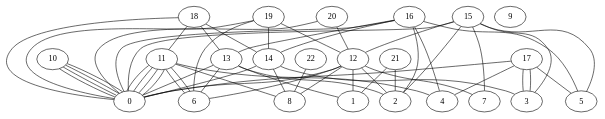
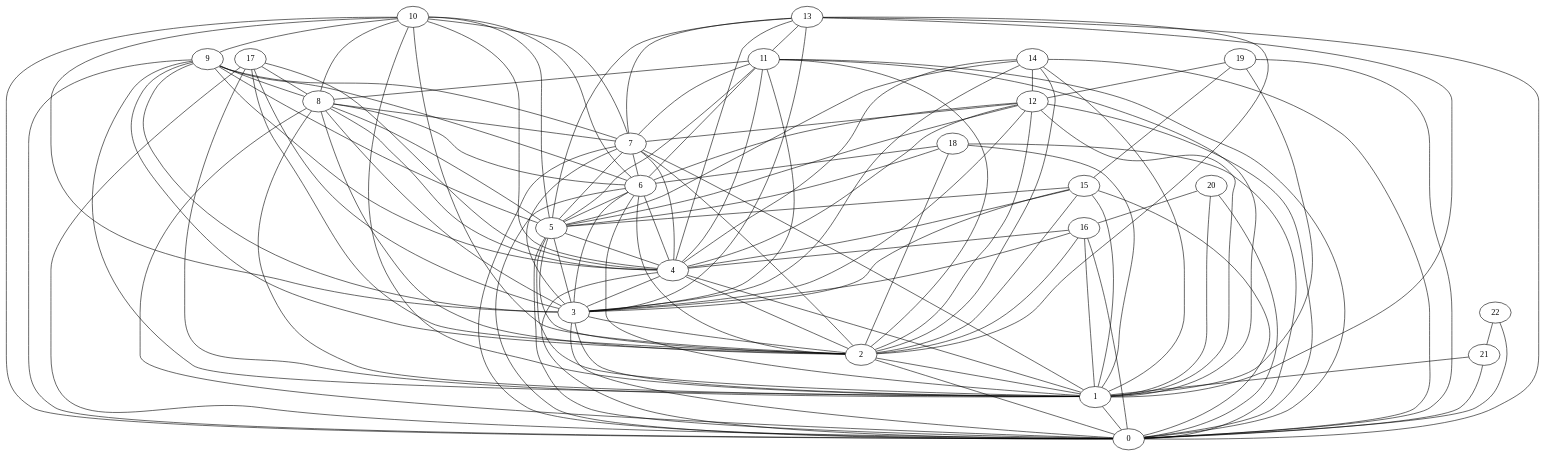
The diagram in feeds/out/O-9-24-24-SA.dot (denizsurmeli/random-graph-generator), drawn with Graphviz before and after one commit. The commit also changed 688 other files, not shown here.

```diff
--- a/feeds/out/O-9-24-24-SA.dot
+++ b/feeds/out/O-9-24-24-SA.dot
@@ -1,80 +1,145 @@
 graph G {
 0;
 1;
 2;
 3;
 4;
 5;
 6;
 7;
 8;
 9;
 10;
 11;
 12;
 13;
 14;
 15;
 16;
 17;
 18;
 19;
 20;
 21;
 22;
-22--8 ;
+22--0 ;
+22--21 ;
 21--1 ;
-21--2 ;
-20--12 ;
+21--0 ;
+20--16 ;
+20--1 ;
 20--0 ;
 19--12 ;
-19--14 ;
-19--6 ;
+19--15 ;
+19--1 ;
 19--0 ;
-18--13 ;
-18--11 ;
-18--14 ;
+18--5 ;
+18--6 ;
 18--0 ;
-17--5 ;
+18--2 ;
+18--1 ;
+17--3 ;
+17--8 ;
 17--4 ;
-17--3 ;
-17--3 ;
+17--2 ;
 17--0 ;
-16--14 ;
+17--1 ;
+16--1 ;
+16--3 ;
+16--0 ;
+16--2 ;
 16--4 ;
-16--13 ;
-16--2 ;
-16--0 ;
-16--5 ;
+15--3 ;
+15--5 ;
+15--1 ;
+15--4 ;
+15--0 ;
 15--2 ;
-15--12 ;
-15--7 ;
-15--5 ;
-15--3 ;
-15--0 ;
+14--12 ;
+14--1 ;
+14--0 ;
+14--5 ;
+14--2 ;
 14--3 ;
-14--0 ;
-14--8 ;
-13--6 ;
+14--4 ;
+13--3 ;
+13--5 ;
+13--0 ;
+13--7 ;
+13--11 ;
+13--4 ;
 13--2 ;
 13--1 ;
-13--0 ;
+12--3 ;
+12--2 ;
+12--4 ;
+12--0 ;
+12--5 ;
 12--6 ;
-12--8 ;
-12--2 ;
 12--7 ;
 12--1 ;
-12--0 ;
+11--6 ;
 11--4 ;
+11--1 ;
+11--8 ;
+11--5 ;
 11--0 ;
-11--8 ;
-11--0 ;
-11--6 ;
-11--0 ;
-11--6 ;
-11--0 ;
+11--2 ;
+11--3 ;
+11--7 ;
+10--4 ;
+10--5 ;
+10--6 ;
+10--7 ;
+10--8 ;
+10--3 ;
+10--9 ;
 10--0 ;
-10--0 ;
-10--0 ;
-10--0 ;
+10--2 ;
+10--1 ;
+9--2 ;
+9--4 ;
+9--8 ;
+9--0 ;
+9--6 ;
+9--5 ;
+9--7 ;
+9--1 ;
+9--3 ;
+8--4 ;
+8--0 ;
+8--5 ;
+8--1 ;
+8--6 ;
+8--3 ;
+8--2 ;
+8--7 ;
+7--6 ;
+7--5 ;
+7--1 ;
+7--3 ;
+7--0 ;
+7--4 ;
+7--2 ;
+6--3 ;
+6--0 ;
+6--1 ;
+6--4 ;
+6--2 ;
+6--5 ;
+5--2 ;
+5--1 ;
+5--0 ;
+5--3 ;
+5--4 ;
+4--0 ;
+4--3 ;
+4--1 ;
+4--2 ;
+3--1 ;
+3--0 ;
+3--2 ;
+2--0 ;
+2--1 ;
+1--0 ;
 }
```
